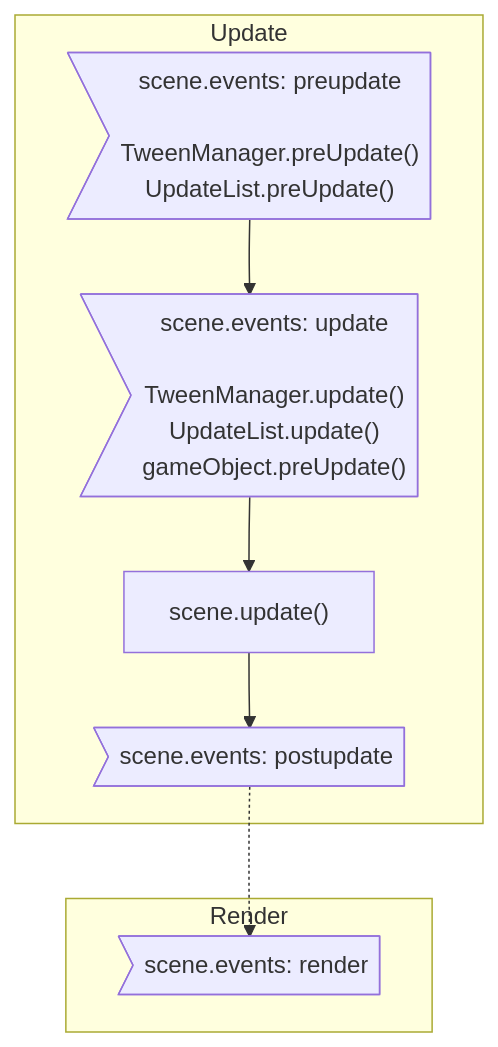
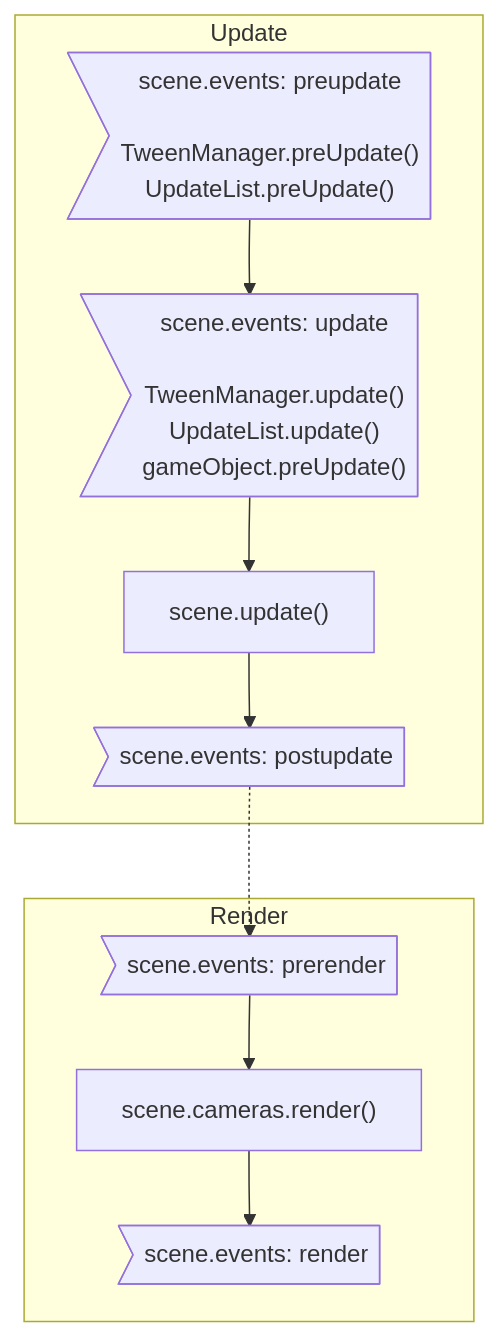
The second of 2 diagrams in docs/docs/mainloop.md (rexrainbow/phaser3-rex-notes), drawn with Mermaid before and after one commit. The commit also changed other lines of this file and 39 other files, not shown here.

````diff
--- a/docs/docs/mainloop.md
+++ b/docs/docs/mainloop.md
@@ -112,21 +119,25 @@
 ```mermaid
 graph TB
 
 subgraph Render
+SceneEventPreRender>"scene.events: prerender"]
+SceneCameraRender["scene.cameras.render()"]
 SceneEventRender>"scene.events: render"]
 end
 
 subgraph Update
 SceneEventPreUpdate>"scene.events: preupdate<br><br>TweenManager.preUpdate()<br>UpdateList.preUpdate()"]
 SceneEventUpdate>"scene.events: update<br><br>TweenManager.update()<br>UpdateList.update()<br>gameObject.preUpdate()"]
 SceneUpdate["scene.update()"]
 SceneEventPostUpdate>"scene.events: postupdate"]
 end
 
 
 SceneEventPreUpdate --> SceneEventUpdate
 SceneEventUpdate --> SceneUpdate
 SceneUpdate --> SceneEventPostUpdate
 
-SceneEventPostUpdate -.-> SceneEventRender
+SceneEventPostUpdate -.-> SceneEventPreRender
+SceneEventPreRender --> SceneCameraRender
+SceneCameraRender --> SceneEventRender
 ```
````
